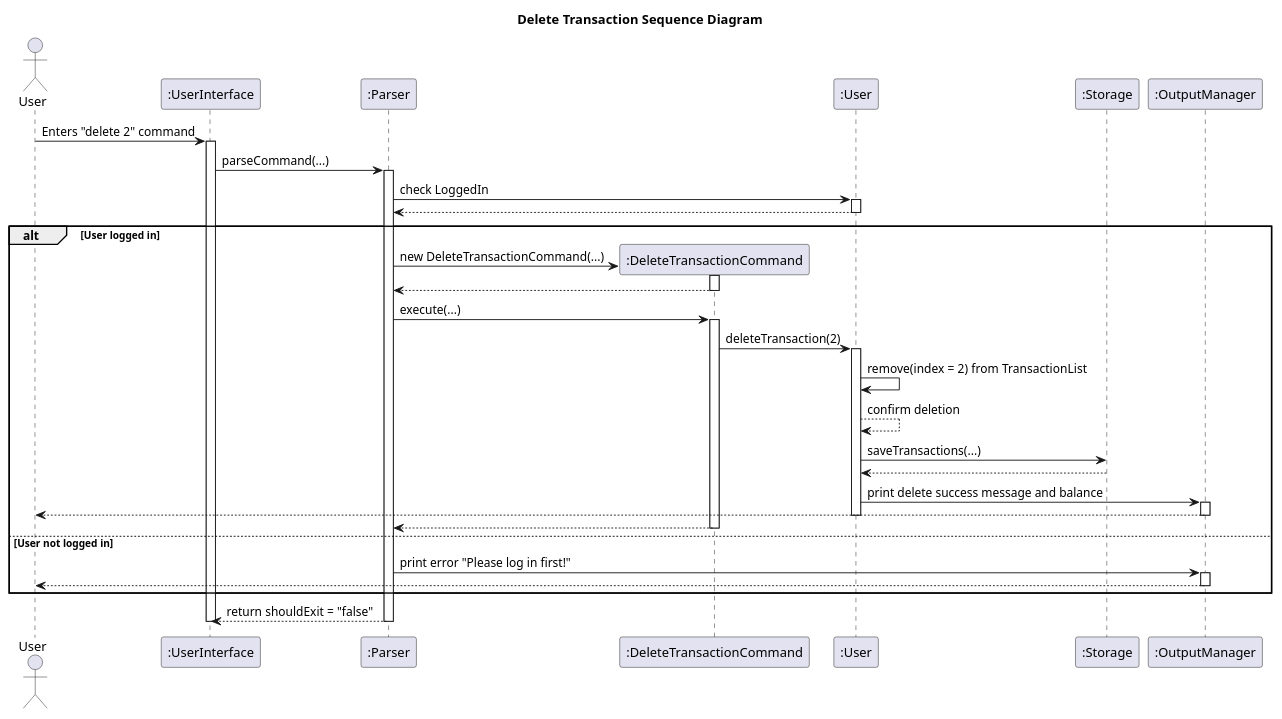
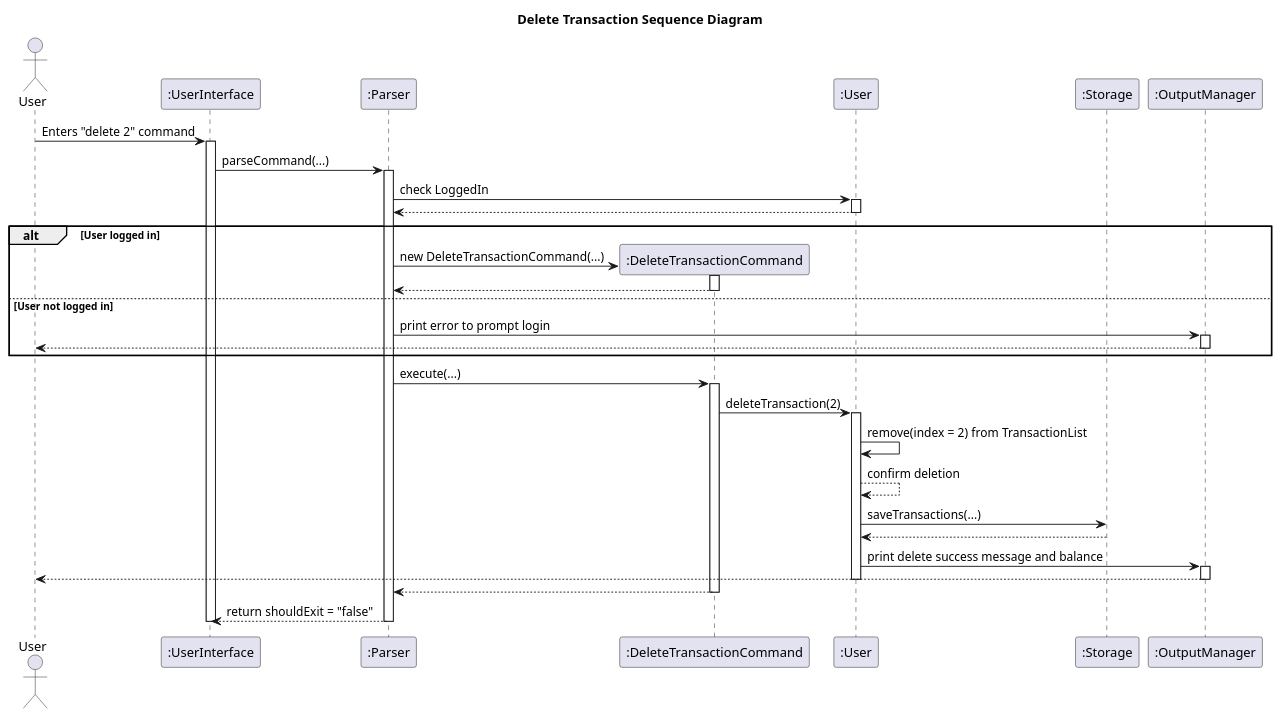
Before and after one commit to AY2526S1-CS2113-W10-2/tp: the diagram in docs/team/CommandFeature/deleteCommand/deleteCommand.puml, drawn with PlantUML. The commit also changed 6 other files, not shown here.

```diff
--- a/docs/team/CommandFeature/deleteCommand/deleteCommand.puml
+++ b/docs/team/CommandFeature/deleteCommand/deleteCommand.puml
@@ -1,69 +1,69 @@
 @startuml
 'https://plantuml.com/sequence-diagram
 
 actor User as U
 
 participant ":UserInterface" as UserInterface
 participant ":Parser" as Parser
 participant ":DeleteTransactionCommand" as DeleteTransactionCommand
 participant ":User" as User
 participant ":Storage" as Storage
 participant ":OutputManager" as OutputManager
 
 
 title Delete Transaction Sequence Diagram
 
 
 U -> UserInterface : Enters "delete 2" command
 activate UserInterface
 
 UserInterface -> Parser : parseCommand(...)
 activate Parser
 
 Parser -> User : check LoggedIn
 activate User
 
 User --> Parser
 deactivate User
 
 alt User logged in
     create DeleteTransactionCommand
     Parser -> DeleteTransactionCommand: new DeleteTransactionCommand(...)
     activate DeleteTransactionCommand
-
     DeleteTransactionCommand --> Parser
     deactivate DeleteTransactionCommand
-    Parser -> DeleteTransactionCommand : execute(...)
+
+else User not logged in
+
+    Parser -> OutputManager : print error to prompt login
+    activate OutputManager
+    OutputManager --> U
+    deactivate OutputManager
+end
+
+Parser -> DeleteTransactionCommand : execute(...)
     activate DeleteTransactionCommand
 
     DeleteTransactionCommand -> User : deleteTransaction(2)
     activate User
 
     User -> User : remove(index = 2) from TransactionList
     User --> User : confirm deletion
 
     User -> Storage : saveTransactions(...)
     Storage --> User
 
     User -> OutputManager : print delete success message and balance
     activate OutputManager
 
     OutputManager --> U
     deactivate OutputManager
     deactivate User
     DeleteTransactionCommand --> Parser
     deactivate DeleteTransactionCommand
 
-else User not logged in
-
-    Parser -> OutputManager : print error "Please log in first!"
-    activate OutputManager
-    OutputManager --> U
-    deactivate OutputManager
-end
-
 Parser --> UserInterface : return shouldExit = "false"
 deactivate Parser
 deactivate UserInterface
 
 @enduml
```
